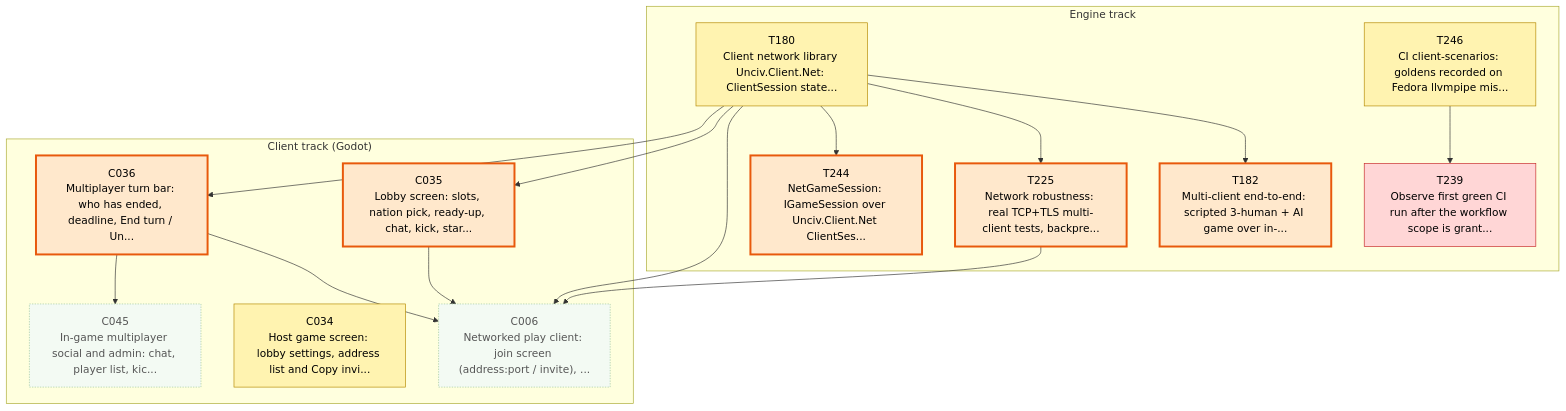
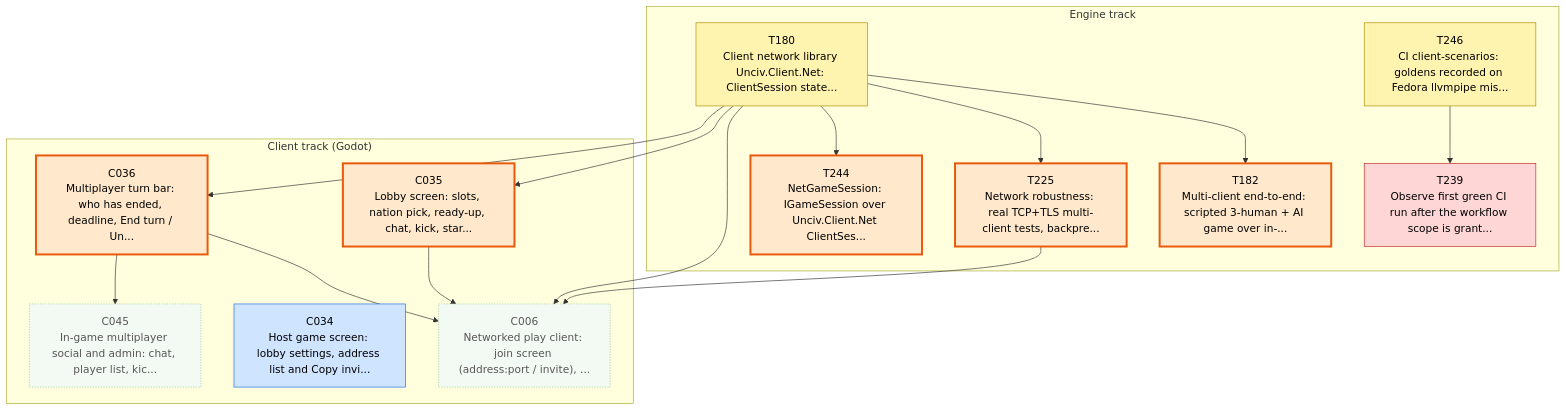
Before and after one commit to Kenmura/Unciv: the first of 3 diagrams in csharp/migration/DEPENDENCY_MAP.md, drawn with Mermaid. The commit also changed other lines of this file and 4 other files, not shown here.

````diff
--- a/csharp/migration/DEPENDENCY_MAP.md
+++ b/csharp/migration/DEPENDENCY_MAP.md
@@ -24,47 +24,47 @@
 ```mermaid
 flowchart TD
   subgraph TTRACK["Engine track"]
     T180["T180<br/>Client network library Unciv.Client.Net: ClientSession state..."]
     T182["T182<br/>Multi-client end-to-end: scripted 3-human + AI game over in-..."]
     T225["T225<br/>Network robustness: real TCP+TLS multi-client tests, backpre..."]
     T239["T239<br/>Observe first green CI run after the workflow scope is grant..."]
     T244["T244<br/>NetGameSession: IGameSession over Unciv.Client.Net ClientSes..."]
     T246["T246<br/>CI client-scenarios: goldens recorded on Fedora llvmpipe mis..."]
   end
   subgraph CTRACK["Client track (Godot)"]
     C006["C006<br/>Networked play client: join screen (address:port / invite), ..."]
     C034["C034<br/>Host game screen: lobby settings, address list and Copy invi..."]
     C035["C035<br/>Lobby screen: slots, nation pick, ready-up, chat, kick, star..."]
     C036["C036<br/>Multiplayer turn bar: who has ended, deadline, End turn / Un..."]
     C045["C045<br/>In-game multiplayer social and admin: chat, player list, kic..."]
   end
   T180 --> T182
   T180 --> T225
   T246 --> T239
   T180 --> T244
   T180 --> C006
   C035 --> C006
   C036 --> C006
   T225 --> C006
   T180 --> C035
   T180 --> C036
   C036 --> C045
   classDef waiting fill:#f3faf3,stroke:#9bc49b,color:#555,stroke-dasharray:2 2
   classDef ondeck fill:#ffe8cc,stroke:#e8590c,stroke-width:3px,color:#000
   classDef ready fill:#7ee787,stroke:#1a7f37,stroke-width:3px,color:#000
   classDef prog fill:#fff3b0,stroke:#b58900,color:#000
   classDef review fill:#cfe4ff,stroke:#1f6feb,color:#000
   classDef blocked fill:#ffd6d6,stroke:#c62828,color:#000
   classDef done fill:#eeeeee,stroke:#999999,color:#666,stroke-dasharray:4 3
   class C006 waiting
-  class C034 prog
+  class C034 review
   class C035 ondeck
   class C036 ondeck
   class C045 waiting
   class T180 prog
   class T182 ondeck
   class T225 ondeck
   class T239 blocked
   class T244 ondeck
   class T246 prog
 ```
````
